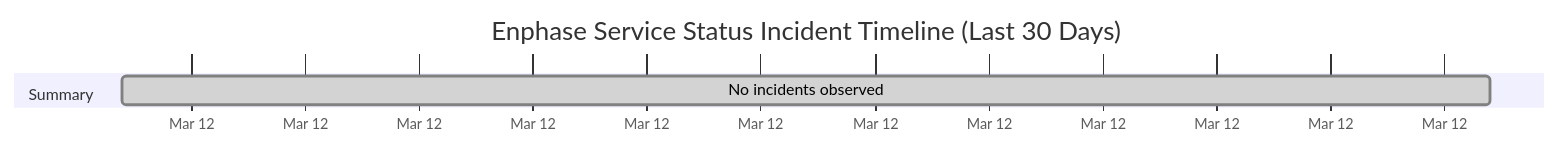
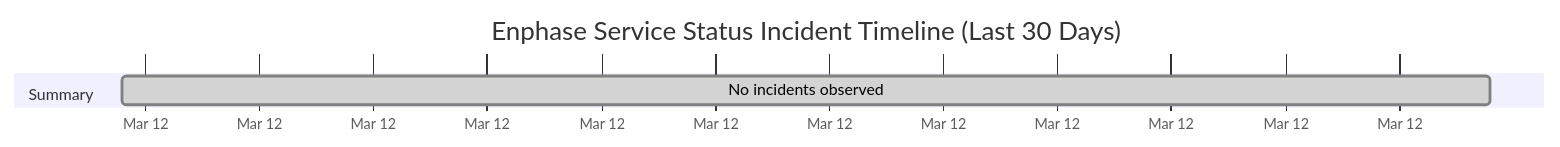
Before and after one commit to barneyonline/ha-enphase-ev-charger: the diagram in wiki/Service-Status-History.md, drawn with Mermaid. The commit also changed other lines of this file and 3 other files, not shown here.

````diff
--- a/wiki/Service-Status-History.md
+++ b/wiki/Service-Status-History.md
@@ -14,8 +14,8 @@
 ```mermaid
 gantt
     title Enphase Service Status Incident Timeline (Last 30 Days)
     dateFormat  YYYY-MM-DDTHH:mm:ss
     axisFormat  %b %d
     section Summary
-    No incidents observed :done, 2026-03-12T11:26:22, 1m
+    No incidents observed :done, 2026-03-12T12:37:19, 1m
 ```
````
